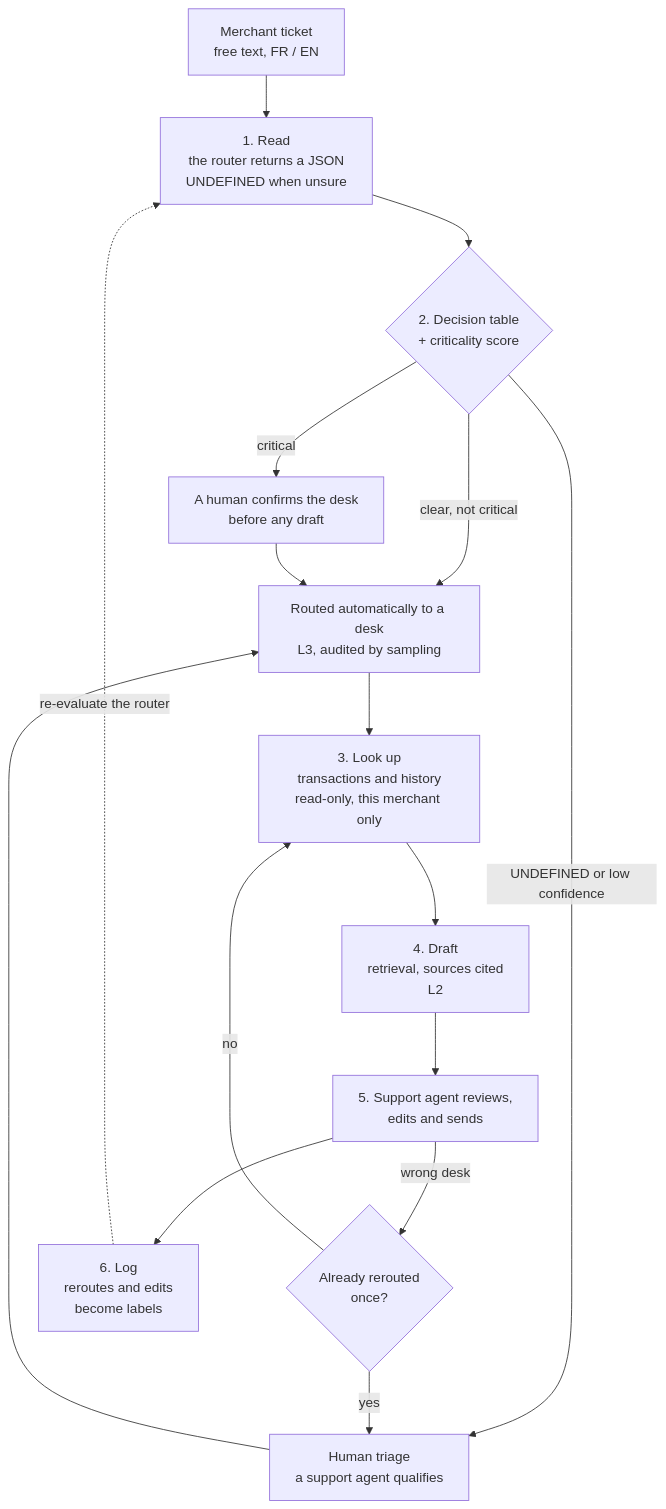
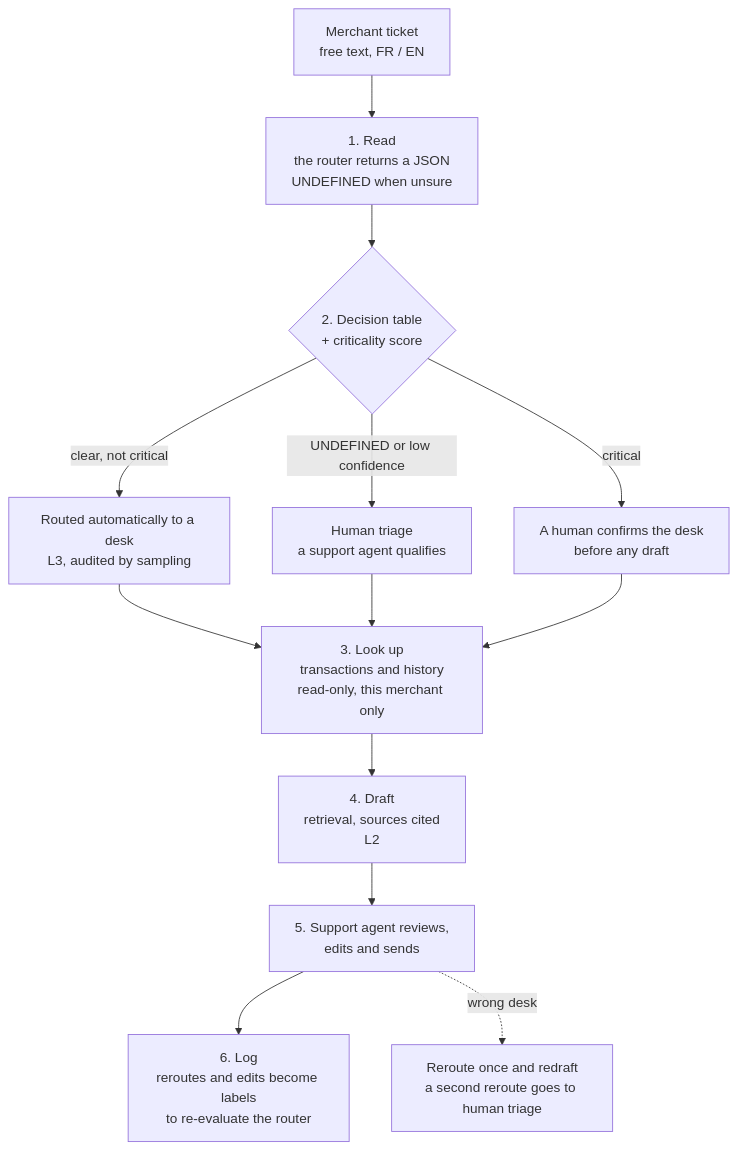
Before and after one commit to Xenodion/data-ai-product-to-delivery-navy: the diagram in README.md, drawn with Mermaid.

Commit message:
README: flow chart without cycles

````diff
--- a/README.md
+++ b/README.md
@@ -51,18 +51,15 @@
 ```mermaid
 flowchart TD
     A["Merchant ticket<br/>free text, FR / EN"] --> B["1. Read<br/>the router returns a JSON<br/>UNDEFINED when unsure"]
     B --> C{"2. Decision table<br/>+ criticality score"}
     C -->|"clear, not critical"| D["Routed automatically to a desk<br/>L3, audited by sampling"]
     C -->|"UNDEFINED or low confidence"| T["Human triage<br/>a support agent qualifies"]
     C -->|"critical"| K["A human confirms the desk<br/>before any draft"]
-    T --> D
-    K --> D
     D --> E["3. Look up<br/>transactions and history<br/>read-only, this merchant only"]
+    T --> E
+    K --> E
     E --> F["4. Draft<br/>retrieval, sources cited<br/>L2"]
     F --> G["5. Support agent reviews,<br/>edits and sends"]
-    G -->|"wrong desk"| R{"Already rerouted<br/>once?"}
-    R -->|"no"| E
-    R -->|"yes"| T
-    G --> H["6. Log<br/>reroutes and edits<br/>become labels"]
-    H -.->|"re-evaluate the router"| B
+    G --> H["6. Log<br/>reroutes and edits become labels<br/>to re-evaluate the router"]
+    G -.->|"wrong desk"| R["Reroute once and redraft<br/>a second reroute goes to human triage"]
 ```
````
